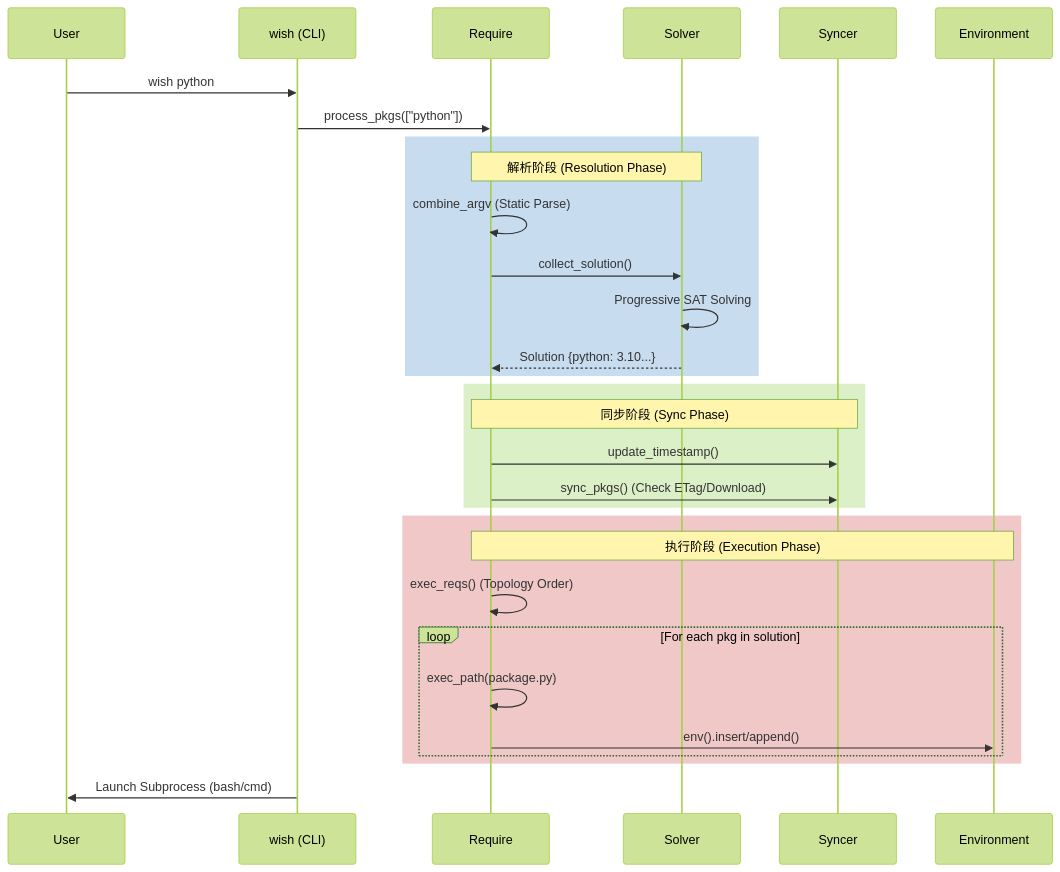
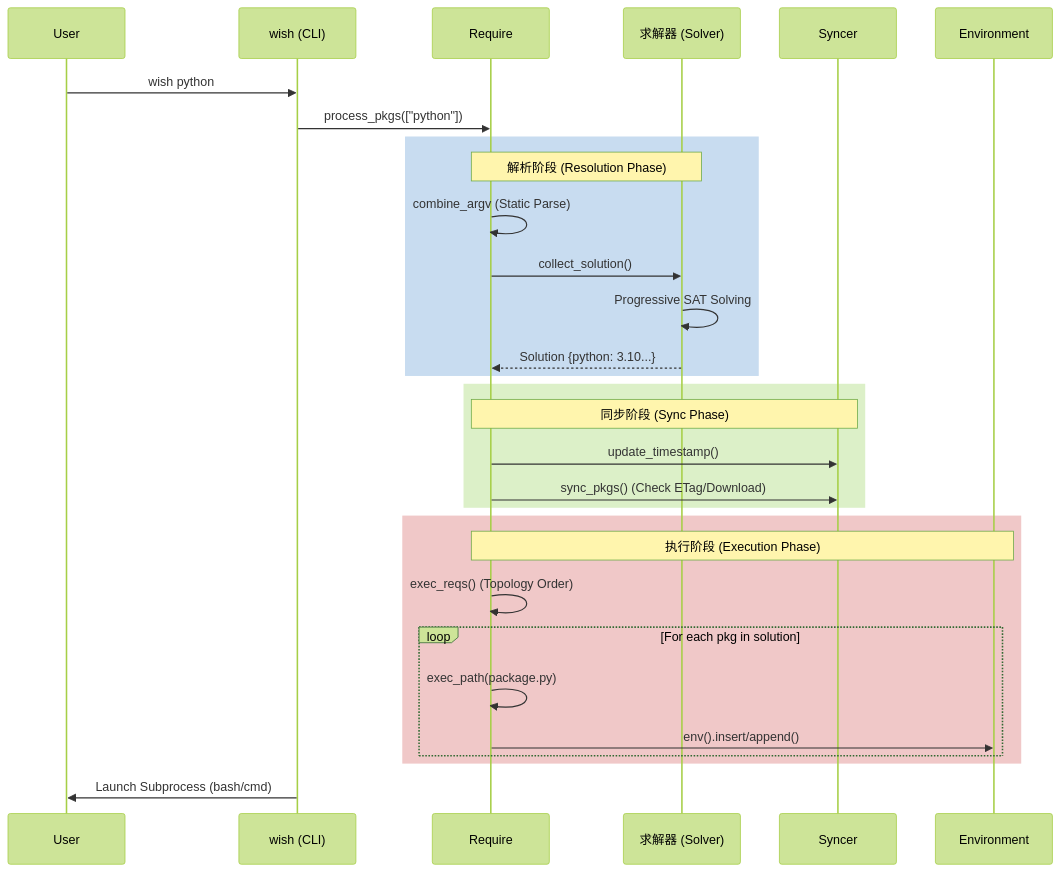
The first of 2 diagrams in docs/advanced/implementation.md (gaffery/starter), drawn with Mermaid (forest theme) before and after one commit. The commit also changed other lines of this file and 47 other files, not shown here.

````diff
--- a/docs/advanced/implementation.md
+++ b/docs/advanced/implementation.md
@@ -93,37 +93,37 @@
 ```mermaid
 sequenceDiagram
     participant User
     participant CLI as wish (CLI)
     participant Req as Require
-    participant Sol as Solver
+    participant Sol as 求解器 (Solver)
     participant Sync as Syncer
     participant Env as Environment
     
     User->>CLI: wish python
     CLI->>Req: process_pkgs(["python"])
     
     rect rgb(200, 220, 240)
     Note over Req,Sol: 解析阶段 (Resolution Phase)
     Req->>Req: combine_argv (Static Parse)
     Req->>Sol: collect_solution()
     Sol->>Sol: Progressive SAT Solving
     Sol-->>Req: Solution {python: 3.10...}
     end
     
     rect rgb(220, 240, 200)
     Note over Req,Sync: 同步阶段 (Sync Phase)
     Req->>Sync: update_timestamp()
     Req->>Sync: sync_pkgs() (Check ETag/Download)
     end
     
     rect rgb(240, 200, 200)
     Note over Req,Env: 执行阶段 (Execution Phase)
     Req->>Req: exec_reqs() (Topology Order)
     loop For each pkg in solution
         Req->>Req: exec_path(package.py)
         Req->>Env: env().insert/append()
     end
     end
     
     CLI->>User: Launch Subprocess (bash/cmd)
 ```
````
